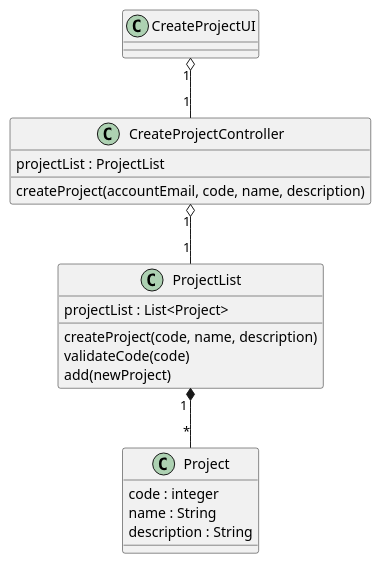
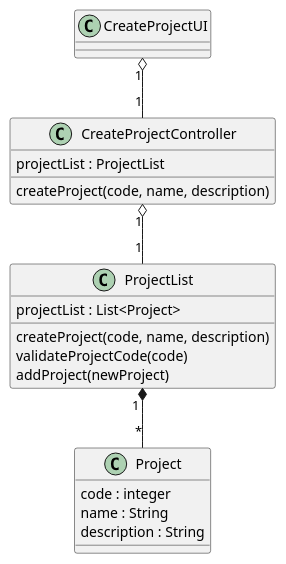
Before and after one commit to ivo-menezes/project_g3: the diagram in docs/modelling_design/user_stories/us010/US010_CreateProjectCD.puml, drawn with PlantUML.

Commit message:
US010: Design : US010_CreateProjectCD

```diff
--- a/docs/modelling_design/user_stories/us010/US010_CreateProjectCD.puml
+++ b/docs/modelling_design/user_stories/us010/US010_CreateProjectCD.puml
@@ -1,35 +1,35 @@
 @startuml
 
 class CreateProjectUI {
 }
 
 class CreateProjectController {
 projectList : ProjectList
-createProject(accountEmail, code, name, description)
+createProject(code, name, description)
 }
 
 
 class ProjectList {
 projectList : List<Project>
 createProject(code, name, description)
-validateCode(code)
-add(newProject)
+validateProjectCode(code)
+addProject(newProject)
 }
 
 'class AccountList {
 'AccountList : List<Account>
 'checkPermissionsToCreateAProject(accountEmail)
 '}
 
 class Project {
 code : integer
 name : String
 description : String
 }
 
 CreateProjectUI "1" o--   "1" CreateProjectController
 'CreateProjectController "1" o--   "1" AccountList
 CreateProjectController "1" o-- "1" ProjectList
 ProjectList "1 " *-- "*" Project
 
 @enduml
```
